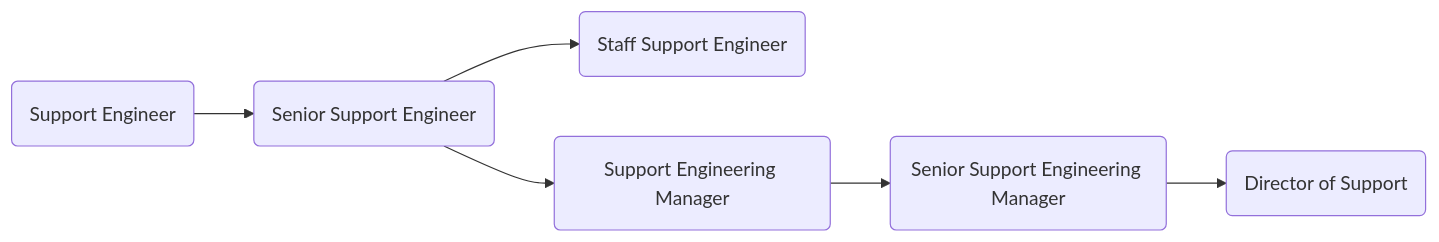
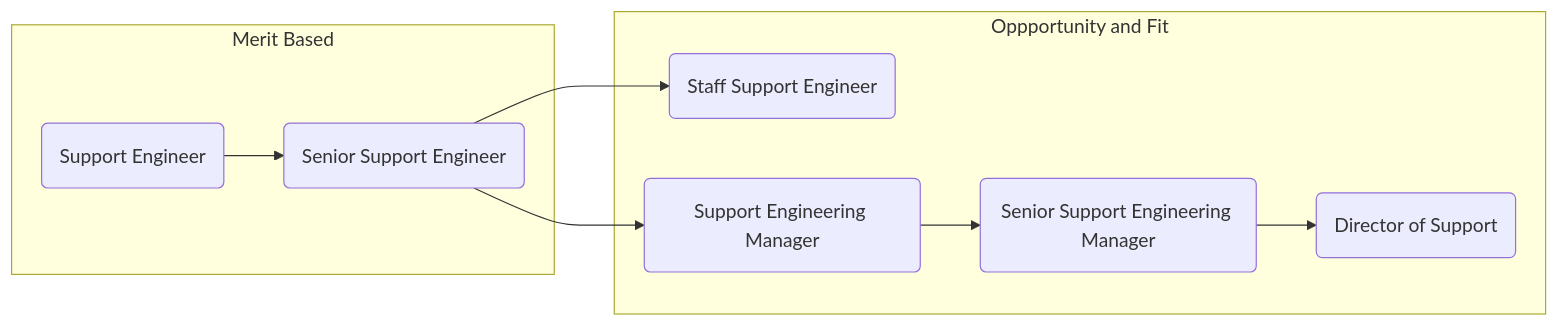
Before and after one commit to secretstartups/handbook: the fourth of 6 diagrams in career-development/index.html.md, drawn with Mermaid. The commit also changed other lines of this file, not shown here.

Commit message:
Added subgraphs to all mermaid diagrams

````diff
--- a/career-development/index.html.md
+++ b/career-development/index.html.md
@@ -216,17 +233,22 @@
 ```mermaid
   graph LR;
-  supe:se(Support Engineer)-->supe:sse(Senior Support Engineer);
+  
+  subgraph Merit Based
+    supe:se(Support Engineer)-->supe:sse(Senior Support Engineer);
+  end
 
-  supe:sse(Senior Support Engineer)-->supe:stse(Staff Support Engineer);
-  supe:sse(Senior Support Engineer)-->supe:sem(Support Engineering Manager);
+  subgraph Oppportunity and Fit
+    supe:sse(Senior Support Engineer)-->supe:stse(Staff Support Engineer);
+    supe:sse(Senior Support Engineer)-->supe:sem(Support Engineering Manager);
 
-  supe:sem(Support Engineering Manager)-->supe:ssem(Senior Support Engineering Manager);
-  supe:ssem(Senior Support Engineering Manager)-->supe:ds(Director of Support);
+    supe:sem(Support Engineering Manager)-->supe:ssem(Senior Support Engineering Manager);
+    supe:ssem(Senior Support Engineering Manager)-->supe:ds(Director of Support);
+  end
 
   click supe:se "/job-families/engineering/support-engineer#support-engineer";
   click supe:sse "/job-families/engineering/support-engineer#senior-support-engineer";
   click supe:sem "/job-families/engineering/support-management#support-engineering-manager";
   click supe:stse "/job-families/engineering/support-engineer#staff-support-engineer";
   click supe:ssem "/job-families/engineering/support-management/index.html.md#senior-support-engineering-manager"
   click supe:ds "/job-families/engineering/support-management#director-of-support";
 ```
````
